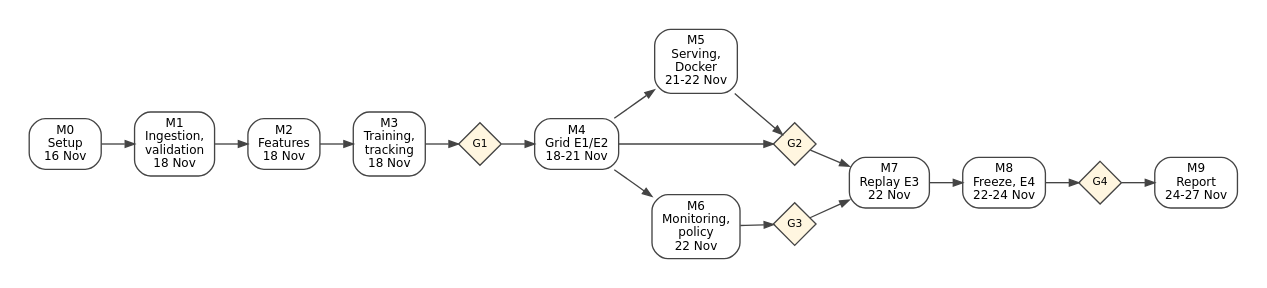
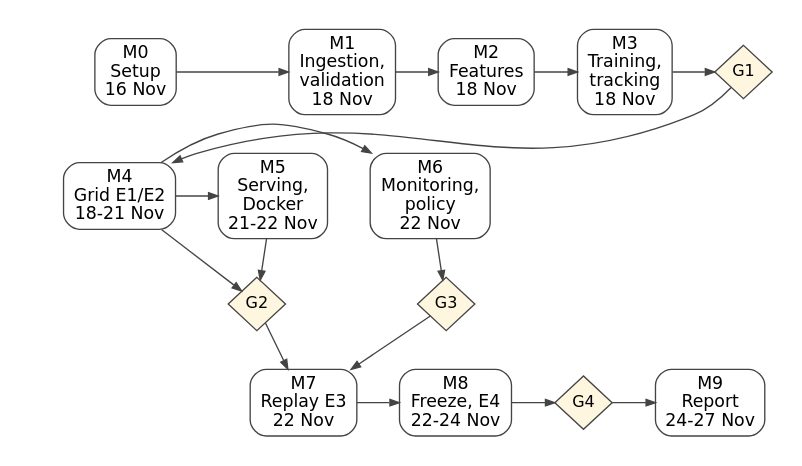
One commit to amircharvadari/flight-delay-mlops changed the diagram in report/figures/fig4_network.dot. Above: the diagram before and after it, drawn with Graphviz. The commit also changed 5 other files, not shown here.

First line of the commit message:
Report DRAFT v3 (not final): review fixes, Gantt chart, code styles

```diff
--- a/report/figures/fig4_network.dot
+++ b/report/figures/fig4_network.dot
@@ -1,17 +1,23 @@
 digraph G {
-  graph [rankdir=LR, fontname="DejaVu Sans", nodesep=0.35, ranksep=0.35, pad=0.2];
-  node  [shape=box, style="rounded,filled", fillcolor="#FFFFFF", color="#444444", fontname="DejaVu Sans", fontsize=9, margin="0.1,0.05"];
+  graph [rankdir=TB, fontname="DejaVu Sans", nodesep=0.45, ranksep=0.4, pad=0.2];
+  node  [shape=box, style="rounded,filled", fillcolor="#FFFFFF", color="#444444", fontname="DejaVu Sans", fontsize=13, margin="0.1,0.05"];
   edge  [color="#444444", arrowsize=0.7, fontname="DejaVu Sans", fontsize=8];
   M0 [label="M0\nSetup\n16 Nov"]; M1 [label="M1\nIngestion,\nvalidation\n18 Nov"]; M2 [label="M2\nFeatures\n18 Nov"];
   M3 [label="M3\nTraining,\ntracking\n18 Nov"]; M4 [label="M4\nGrid E1/E2\n18-21 Nov"];
   M5 [label="M5\nServing,\nDocker\n21-22 Nov"]; M6 [label="M6\nMonitoring,\npolicy\n22 Nov"];
   M7 [label="M7\nReplay E3\n22 Nov"]; M8 [label="M8\nFreeze, E4\n22-24 Nov"]; M9 [label="M9\nReport\n24-27 Nov"];
-  node [shape=diamond, style=filled, fillcolor="#FFF6E0", fontsize=8, width=0.45, height=0.45, margin=0];
+  node [shape=diamond, style=filled, fillcolor="#FFF6E0", fontsize=12, width=0.6, height=0.55, margin=0];
   G1; G2; G3; G4;
   M0 -> M1 -> M2 -> M3 -> G1 -> M4;
   M4 -> M5; M4 -> M6;
   M4 -> G2; M5 -> G2;
   M6 -> G3;
   G2 -> M7; G3 -> M7;
   M7 -> M8 -> G4 -> M9;
+  {rank=same; M0; M1; M2; M3; G1;}
+  {rank=same; M6; M4; M5;}
+  {rank=same; G3; G2;}
+  {rank=same; M7; M8; G4; M9;}
+  edge [style=invis];
+  M1 -> M6; M2 -> G3; M0 -> M7; M6 -> M7;
 }
```
